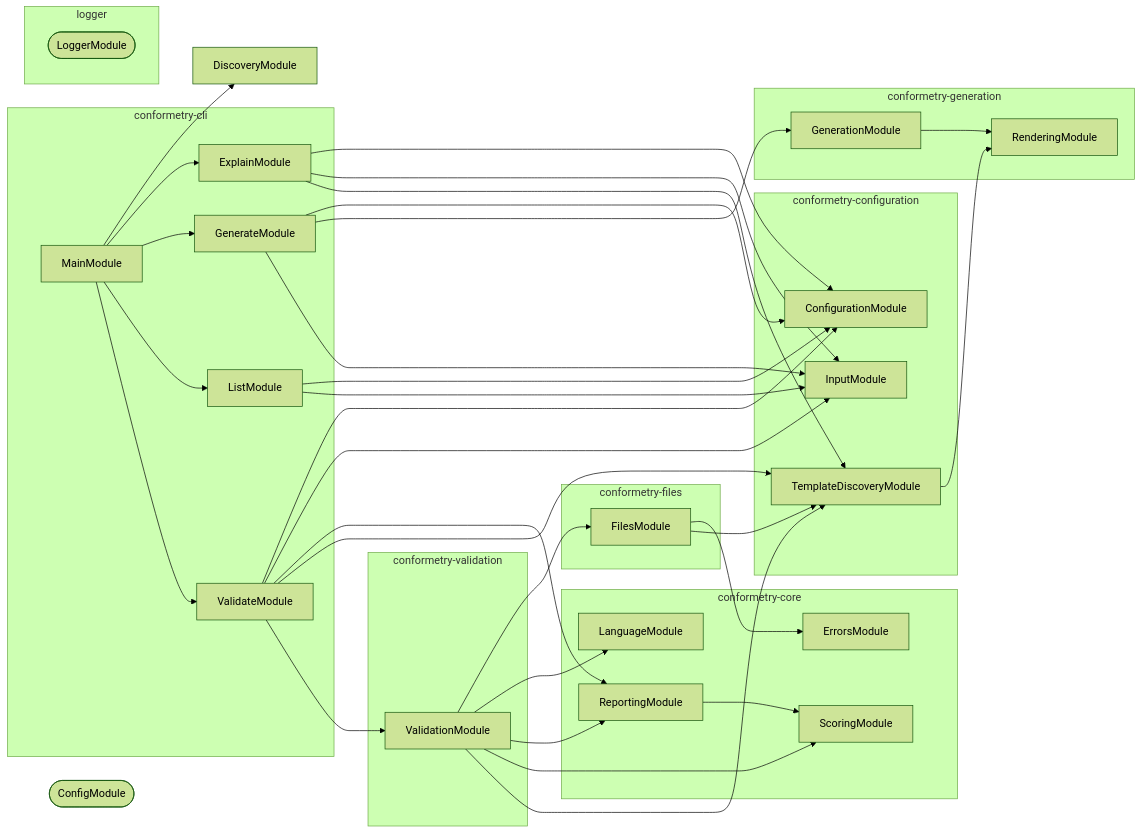
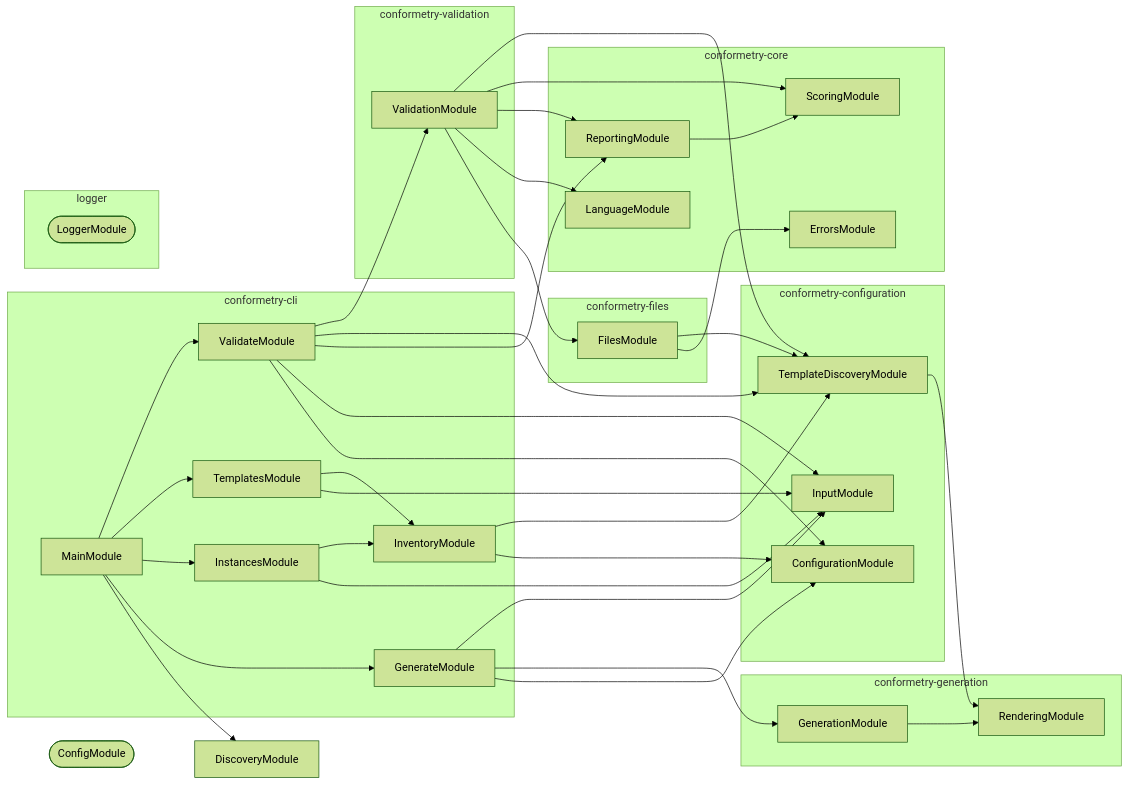
Before and after one commit to JimmyPaolini/codebase: the diagram in packages/conformetry-cli/AGENTS.md, drawn with Mermaid (forest theme). The commit also changed 37 other files, not shown here.

Commit message:
feat(conformetry): ✨ pair templates and instances as two filterable commands

````diff
--- a/packages/conformetry-cli/AGENTS.md
+++ b/packages/conformetry-cli/AGENTS.md
@@ -58,64 +58,66 @@
 ```mermaid
 flowchart LR
   subgraph group0["conformetry-cli"]
-    ExplainModule
     GenerateModule
-    ListModule
+    InstancesModule
+    InventoryModule
     MainModule
+    TemplatesModule
     ValidateModule
   end
   subgraph group1["conformetry-configuration"]
     ConfigurationModule
     InputModule
     TemplateDiscoveryModule
   end
   subgraph group2["conformetry-core"]
     ErrorsModule
     LanguageModule
     ReportingModule
     ScoringModule
   end
   subgraph group3["conformetry-files"]
     FilesModule
   end
   subgraph group4["conformetry-generation"]
     GenerationModule
     RenderingModule
   end
   subgraph group5["conformetry-validation"]
     ValidationModule
   end
   subgraph group6["logger"]
     LoggerModule([LoggerModule])
   end
   ConfigModule([ConfigModule])
   DiscoveryModule
-  ExplainModule --> ConfigurationModule
-  ExplainModule --> InputModule
-  ExplainModule --> TemplateDiscoveryModule
   FilesModule --> ErrorsModule
   FilesModule --> TemplateDiscoveryModule
   GenerateModule --> ConfigurationModule
   GenerateModule --> GenerationModule
   GenerateModule --> InputModule
   GenerationModule --> RenderingModule
-  ListModule --> ConfigurationModule
-  ListModule --> InputModule
+  InstancesModule --> InputModule
+  InstancesModule --> InventoryModule
+  InventoryModule --> ConfigurationModule
+  InventoryModule --> TemplateDiscoveryModule
   MainModule --> DiscoveryModule
-  MainModule --> ExplainModule
   MainModule --> GenerateModule
-  MainModule --> ListModule
+  MainModule --> InstancesModule
+  MainModule --> TemplatesModule
   MainModule --> ValidateModule
   ReportingModule --> ScoringModule
   TemplateDiscoveryModule --> RenderingModule
+  TemplatesModule --> InputModule
+  TemplatesModule --> InventoryModule
   ValidateModule --> ConfigurationModule
   ValidateModule --> InputModule
   ValidateModule --> ReportingModule
   ValidateModule --> TemplateDiscoveryModule
   ValidateModule --> ValidationModule
   ValidationModule --> FilesModule
   ValidationModule --> LanguageModule
   ValidationModule --> ReportingModule
   ValidationModule --> ScoringModule
   ValidationModule --> TemplateDiscoveryModule
 ```
````
